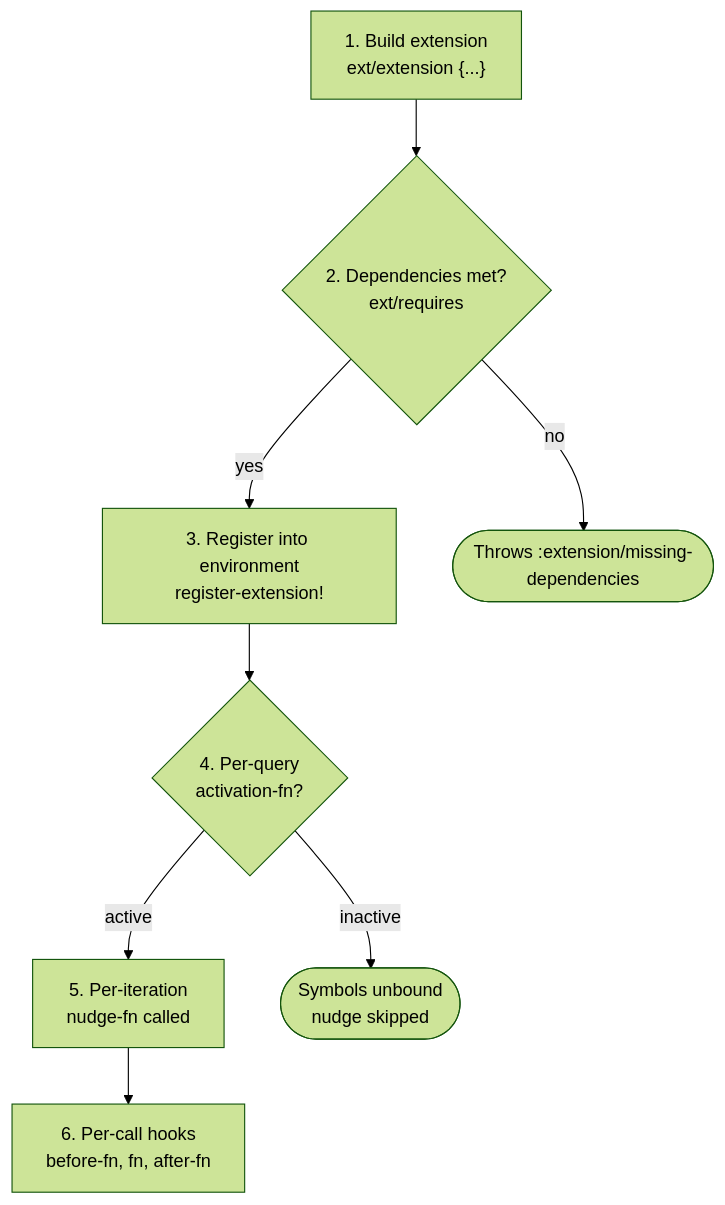
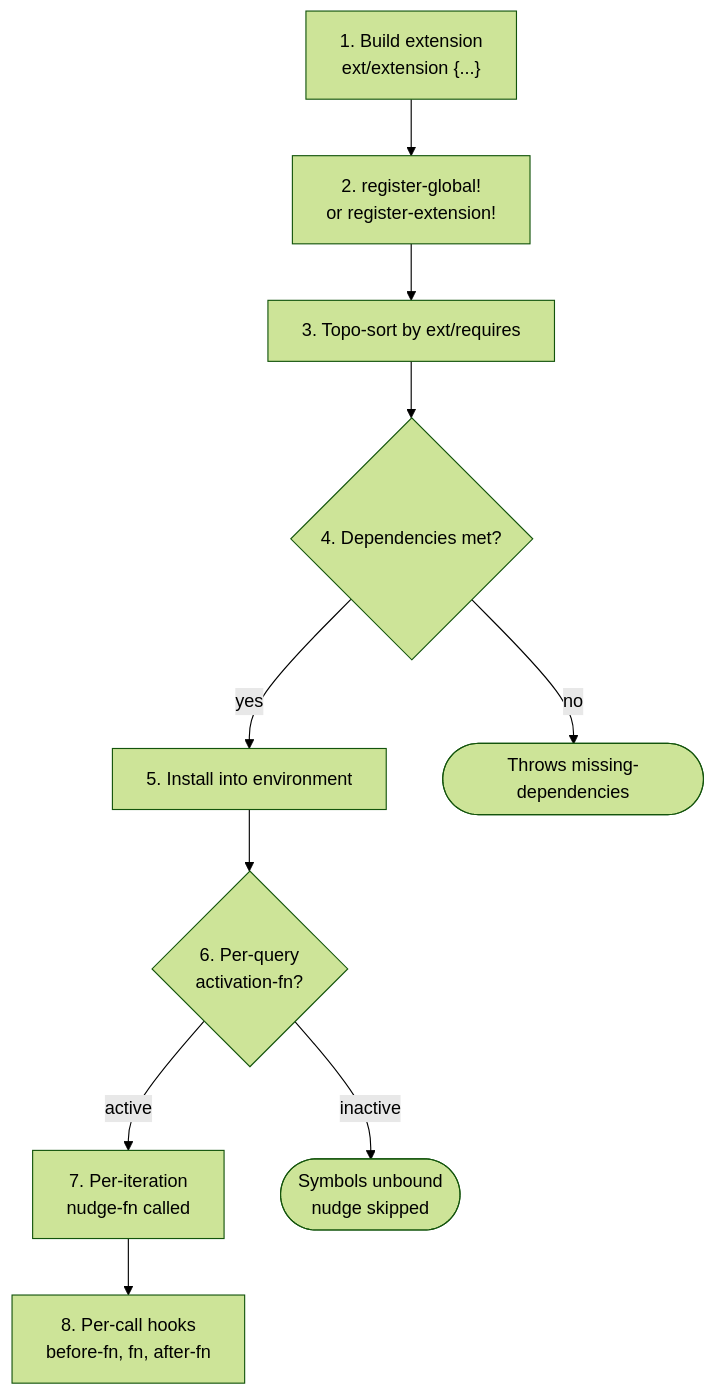
The diagram in resources/docs/src/extensions/overview.md (Blockether/vis), drawn with Mermaid (forest theme) before and after one commit. The commit also changed other lines of this file and 3 other files, not shown here.

First line of the commit message:
Global extension registry with topo-sort and dynamic loading

````diff
--- a/resources/docs/src/extensions/overview.md
+++ b/resources/docs/src/extensions/overview.md
@@ -21,12 +66,14 @@
 ```mermaid
 flowchart TD
-    Build["1. Build extension<br/>ext/extension {...}"] --> Deps
-    Deps{"2. Dependencies met?<br/>ext/requires"}
-    Deps -->|yes| Register["3. Register into environment<br/>register-extension!"]
-    Deps -->|no| Fail(["Throws :extension/missing-dependencies"])
-    Register --> Activate
-    Activate{"4. Per-query<br/>activation-fn?"}
-    Activate -->|active| Nudge["5. Per-iteration<br/>nudge-fn called"]
+    Build["1. Build extension<br/>ext/extension {...}"] --> Global
+    Global["2. register-global!<br/>or register-extension!"] --> Topo
+    Topo["3. Topo-sort by ext/requires"] --> Deps
+    Deps{"4. Dependencies met?"}
+    Deps -->|yes| Install["5. Install into environment"]
+    Deps -->|no| Fail(["Throws missing-dependencies"])
+    Install --> Activate
+    Activate{"6. Per-query<br/>activation-fn?"}
+    Activate -->|active| Nudge["7. Per-iteration<br/>nudge-fn called"]
     Activate -->|inactive| Skip(["Symbols unbound<br/>nudge skipped"])
-    Nudge --> Hooks["6. Per-call hooks<br/>before-fn, fn, after-fn"]
+    Nudge --> Hooks["8. Per-call hooks<br/>before-fn, fn, after-fn"]
 ```
````
